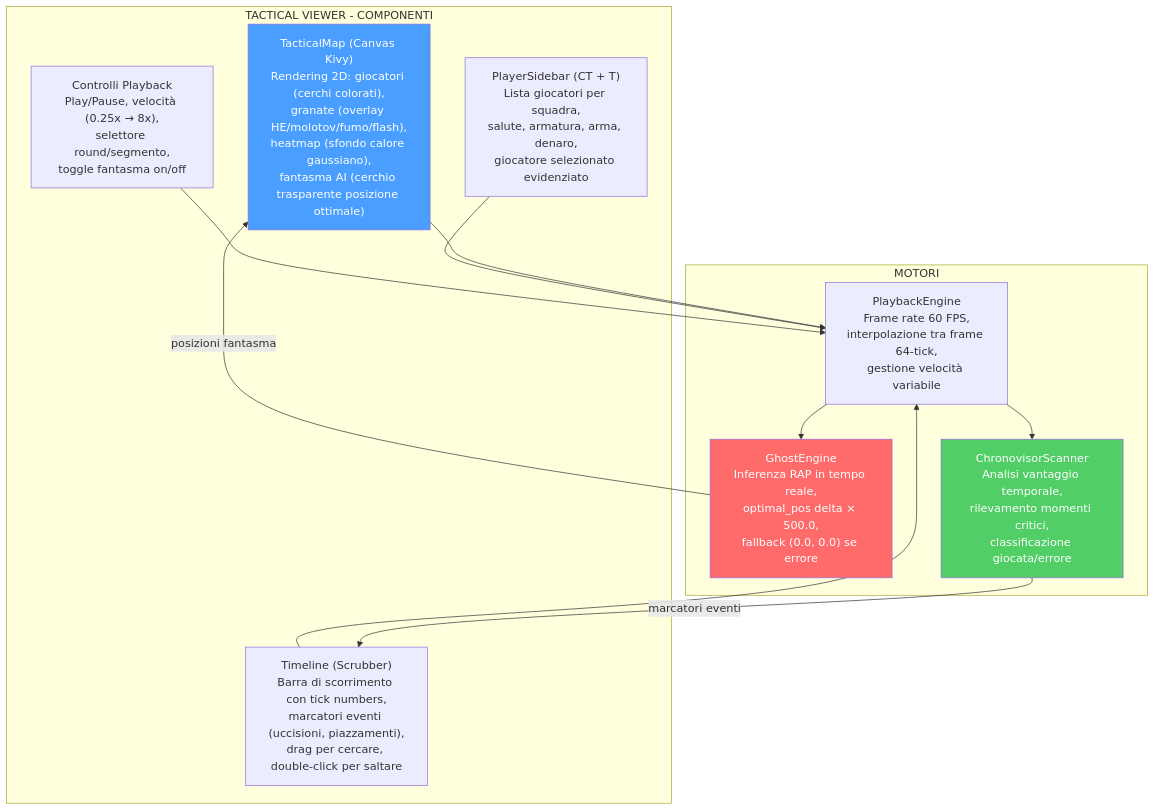
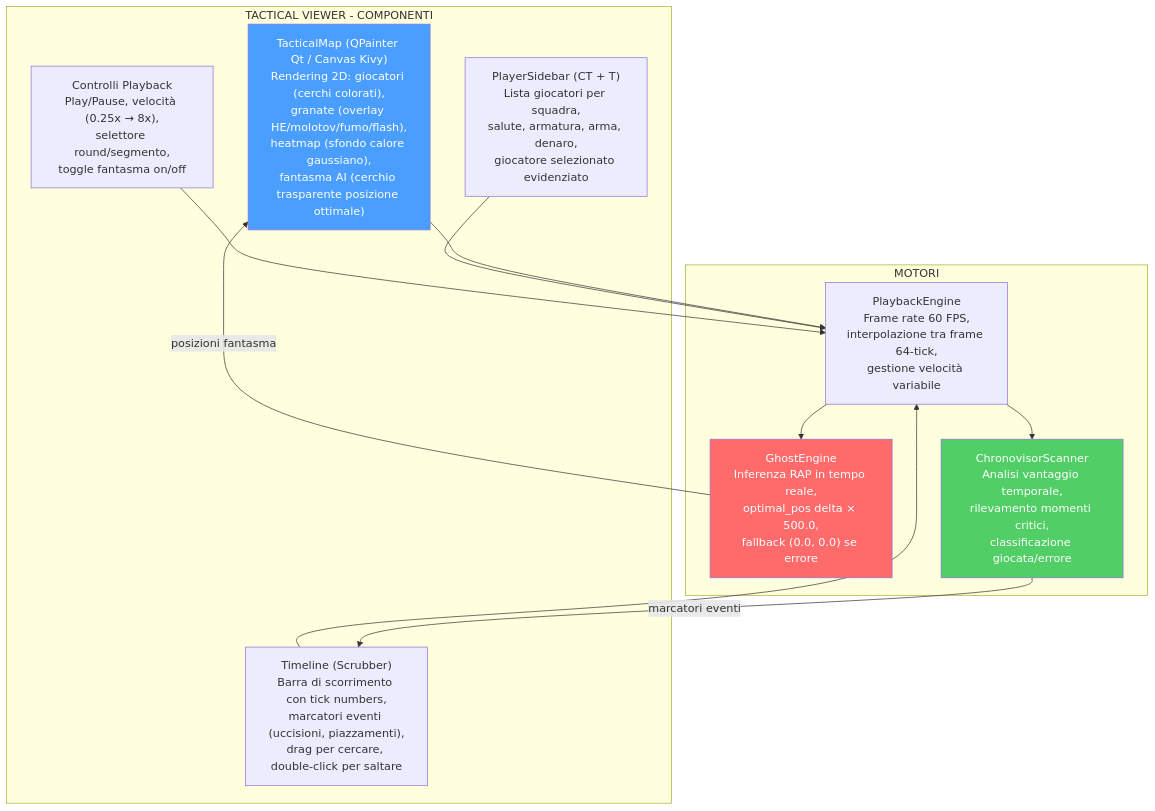
Diagram 25 of 55 in docs/Book-Coach-3.md (renanaugustomacena-ux/Counter-Strike-coach-AI), drawn with Mermaid before and after one commit. The commit also changed other lines of this file and 1 other file, not shown here.

````diff
--- a/docs/Book-Coach-3.md
+++ b/docs/Book-Coach-3.md
@@ -1390,26 +1476,26 @@
 ```mermaid
 flowchart TB
     subgraph VIEWER["TACTICAL VIEWER - COMPONENTI"]
-        MAP["TacticalMap (Canvas Kivy)<br/>Rendering 2D: giocatori (cerchi colorati),<br/>granate (overlay HE/molotov/fumo/flash),<br/>heatmap (sfondo calore gaussiano),<br/>fantasma AI (cerchio trasparente posizione ottimale)"]
+        MAP["TacticalMap (QPainter Qt / Canvas Kivy)<br/>Rendering 2D: giocatori (cerchi colorati),<br/>granate (overlay HE/molotov/fumo/flash),<br/>heatmap (sfondo calore gaussiano),<br/>fantasma AI (cerchio trasparente posizione ottimale)"]
         TIMELINE["Timeline (Scrubber)<br/>Barra di scorrimento con tick numbers,<br/>marcatori eventi (uccisioni, piazzamenti),<br/>drag per cercare, double-click per saltare"]
         SIDEBAR["PlayerSidebar (CT + T)<br/>Lista giocatori per squadra,<br/>salute, armatura, arma, denaro,<br/>giocatore selezionato evidenziato"]
         CONTROLS["Controlli Playback<br/>Play/Pause, velocità (0.25x → 8x),<br/>selettore round/segmento,<br/>toggle fantasma on/off"]
     end
     subgraph ENGINE["MOTORI"]
         PBE["PlaybackEngine<br/>Frame rate 60 FPS,<br/>interpolazione tra frame 64-tick,<br/>gestione velocità variabile"]
         GE["GhostEngine<br/>Inferenza RAP in tempo reale,<br/>optimal_pos delta × 500.0,<br/>fallback (0.0, 0.0) se errore"]
         CS["ChronovisorScanner<br/>Analisi vantaggio temporale,<br/>rilevamento momenti critici,<br/>classificazione giocata/errore"]
     end
     MAP --> PBE
     TIMELINE --> PBE
     SIDEBAR --> PBE
     CONTROLS --> PBE
     PBE --> GE
     PBE --> CS
     GE -->|"posizioni fantasma"| MAP
     CS -->|"marcatori eventi"| TIMELINE
 
     style MAP fill:#4a9eff,color:#fff
     style GE fill:#ff6b6b,color:#fff
     style CS fill:#51cf66,color:#fff
 ```
````
